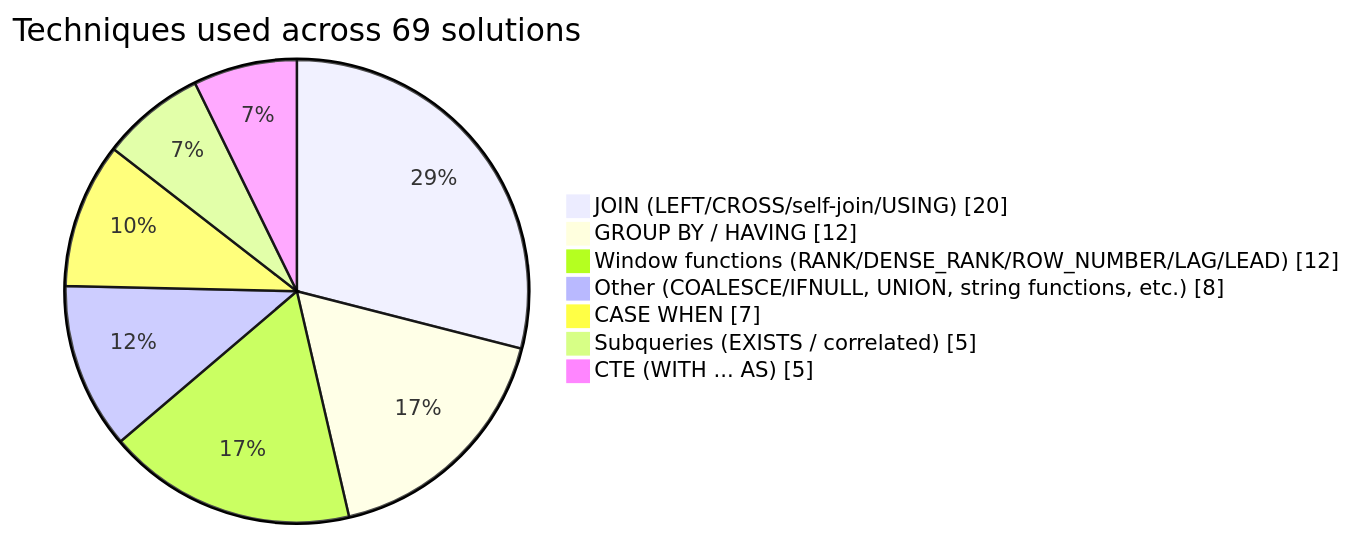
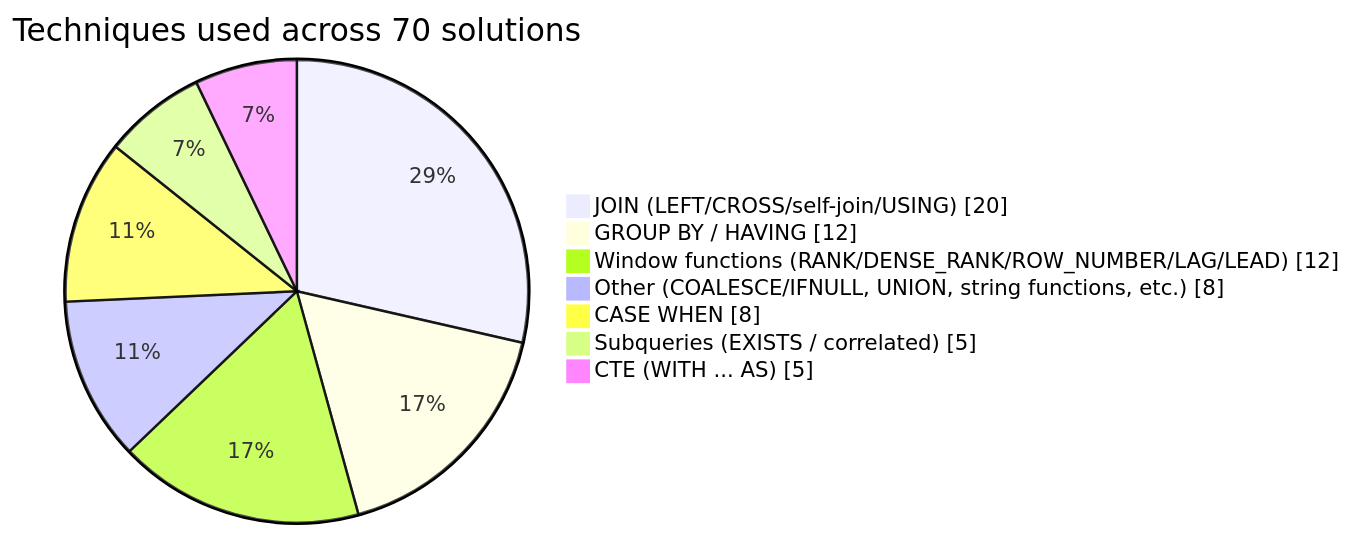
Before and after one commit to ruhlanrzayev/LeetCode_SQL_Problems: the diagram in README.md, drawn with Mermaid. The commit also changed other lines of this file, not shown here.

Commit message:
chore: auto-update technique breakdown chart

````diff
--- a/README.md
+++ b/README.md
@@ -11,11 +11,11 @@
 ```mermaid
 pie showData
-    title Techniques used across 69 solutions
+    title Techniques used across 70 solutions
     "JOIN (LEFT/CROSS/self-join/USING)" : 20
     "GROUP BY / HAVING" : 12
     "Window functions (RANK/DENSE_RANK/ROW_NUMBER/LAG/LEAD)" : 12
     "Other (COALESCE/IFNULL, UNION, string functions, etc.)" : 8
-    "CASE WHEN" : 7
+    "CASE WHEN" : 8
     "Subqueries (EXISTS / correlated)" : 5
     "CTE (WITH ... AS)" : 5
 ```
````
